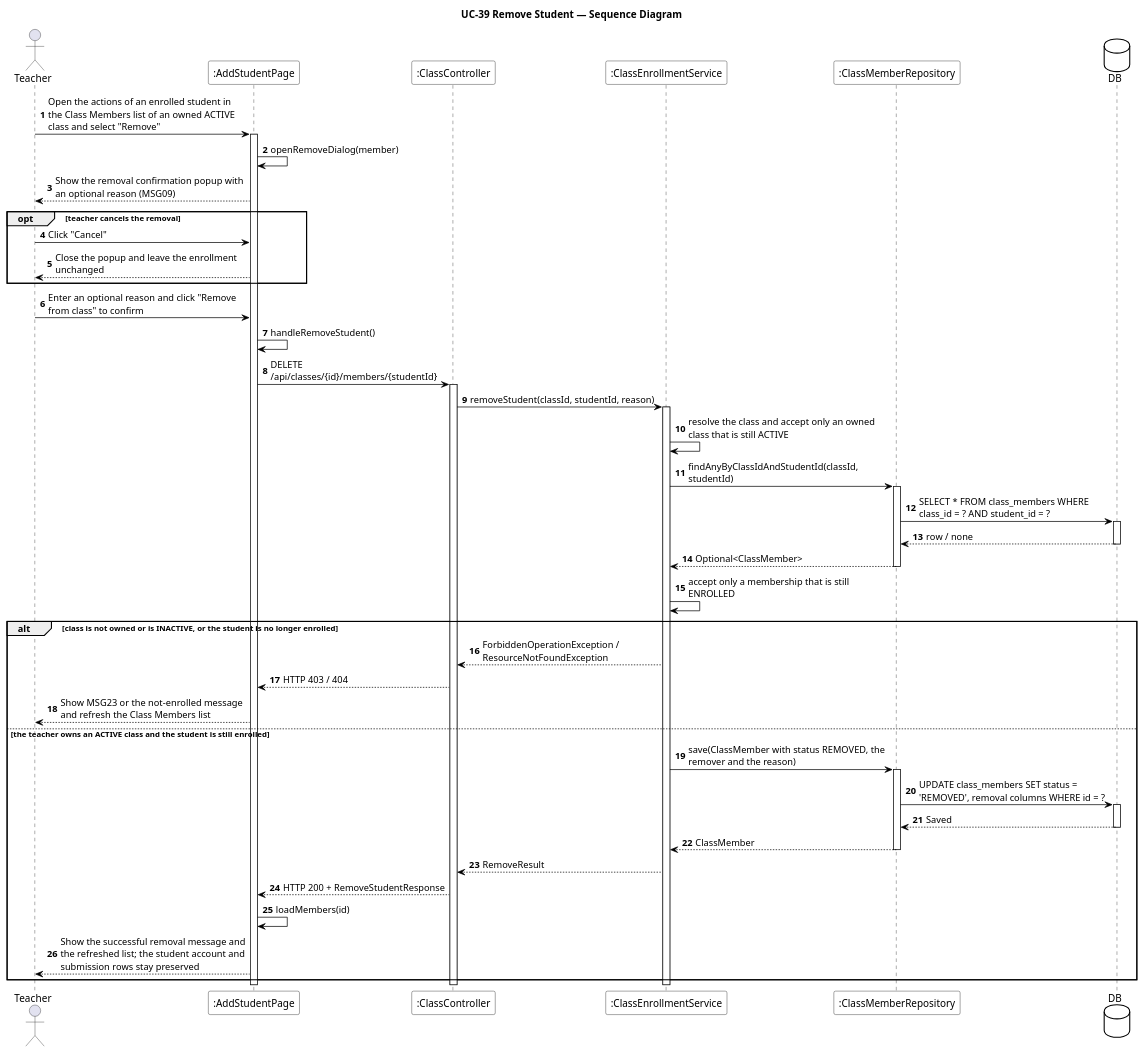
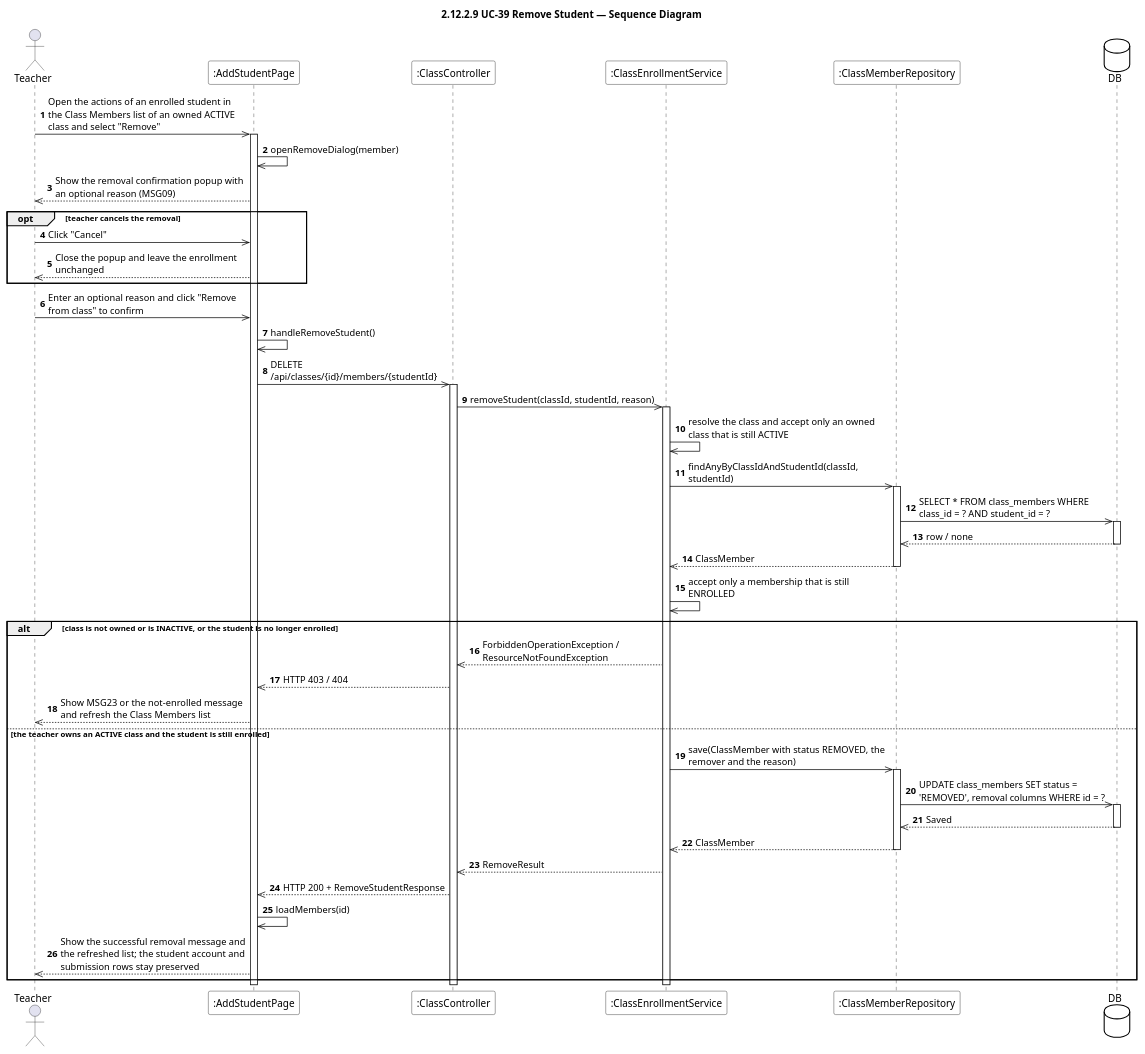
Before and after one commit to EduA-system/EduA-system: the diagram in designs/sds-diagrams/uc39/uc39_sequence.puml, drawn with PlantUML. The commit also changed 585 other files, not shown here.

Commit message:
hình sequence diagram mới

```diff
--- a/designs/sds-diagrams/uc39/uc39_sequence.puml
+++ b/designs/sds-diagrams/uc39/uc39_sequence.puml
@@ -1,70 +1,70 @@
 @startuml UC-39 Remove Student - Sequence Diagram
 skinparam defaultFontName "Segoe UI"
 skinparam shadowing false
 skinparam ParticipantBackgroundColor #FFFFFF
 skinparam ParticipantBorderColor #000000
 skinparam DatabaseBackgroundColor #FFFFFF
 skinparam DatabaseBorderColor #000000
 skinparam ArrowColor #000000
 skinparam sequenceMessageAlign left
 skinparam maxMessageSize 280
-title UC-39 Remove Student — Sequence Diagram
+title 2.12.2.9 UC-39 Remove Student — Sequence Diagram
 
 actor Teacher
 participant ":AddStudentPage" as UI
 participant ":ClassController" as CTL
 participant ":ClassEnrollmentService" as SVC
 participant ":ClassMemberRepository" as MEM
 database DB
 
 autonumber
-Teacher -> UI : Open the actions of an enrolled student in the Class Members list of an owned ACTIVE class and select "Remove"
+Teacher ->> UI : Open the actions of an enrolled student in the Class Members list of an owned ACTIVE class and select "Remove"
 activate UI
-UI -> UI : openRemoveDialog(member)
-UI --> Teacher : Show the removal confirmation popup with an optional reason (MSG09)
+UI ->> UI : openRemoveDialog(member)
+UI -->> Teacher : Show the removal confirmation popup with an optional reason (MSG09)
 
 opt teacher cancels the removal
-  Teacher -> UI : Click "Cancel"
-  UI --> Teacher : Close the popup and leave the enrollment unchanged
+  Teacher ->> UI : Click "Cancel"
+  UI -->> Teacher : Close the popup and leave the enrollment unchanged
 end
 
-Teacher -> UI : Enter an optional reason and click "Remove from class" to confirm
-UI -> UI : handleRemoveStudent()
-UI -> CTL : DELETE /api/classes/{id}/members/{studentId}
+Teacher ->> UI : Enter an optional reason and click "Remove from class" to confirm
+UI ->> UI : handleRemoveStudent()
+UI ->> CTL : DELETE /api/classes/{id}/members/{studentId}
 activate CTL
-CTL -> SVC : removeStudent(classId, studentId, reason)
+CTL ->> SVC : removeStudent(classId, studentId, reason)
 activate SVC
-SVC -> SVC : resolve the class and accept only an owned class that is still ACTIVE
-SVC -> MEM : findAnyByClassIdAndStudentId(classId, studentId)
+SVC ->> SVC : resolve the class and accept only an owned class that is still ACTIVE
+SVC ->> MEM : findAnyByClassIdAndStudentId(classId, studentId)
 activate MEM
-MEM -> DB : SELECT * FROM class_members WHERE class_id = ? AND student_id = ?
+MEM ->> DB : SELECT * FROM class_members WHERE class_id = ? AND student_id = ?
 activate DB
-DB --> MEM : row / none
+DB -->> MEM : row / none
 deactivate DB
-MEM --> SVC : Optional<ClassMember>
+MEM -->> SVC : ClassMember
 deactivate MEM
-SVC -> SVC : accept only a membership that is still ENROLLED
+SVC ->> SVC : accept only a membership that is still ENROLLED
 
 alt class is not owned or is INACTIVE, or the student is no longer enrolled
-  SVC --> CTL : ForbiddenOperationException / ResourceNotFoundException
-  CTL --> UI : HTTP 403 / 404
-  UI --> Teacher : Show MSG23 or the not-enrolled message and refresh the Class Members list
+  SVC -->> CTL : ForbiddenOperationException / ResourceNotFoundException
+  CTL -->> UI : HTTP 403 / 404
+  UI -->> Teacher : Show MSG23 or the not-enrolled message and refresh the Class Members list
 
 else the teacher owns an ACTIVE class and the student is still enrolled
-  SVC -> MEM : save(ClassMember with status REMOVED, the remover and the reason)
+  SVC ->> MEM : save(ClassMember with status REMOVED, the remover and the reason)
   activate MEM
-  MEM -> DB : UPDATE class_members SET status = 'REMOVED', removal columns WHERE id = ?
+  MEM ->> DB : UPDATE class_members SET status = 'REMOVED', removal columns WHERE id = ?
   activate DB
-  DB --> MEM : Saved
+  DB -->> MEM : Saved
   deactivate DB
-  MEM --> SVC : ClassMember
+  MEM -->> SVC : ClassMember
   deactivate MEM
-  SVC --> CTL : RemoveResult
-  CTL --> UI : HTTP 200 + RemoveStudentResponse
-  UI -> UI : loadMembers(id)
-  UI --> Teacher : Show the successful removal message and the refreshed list; the student account and submission rows stay preserved
+  SVC -->> CTL : RemoveResult
+  CTL -->> UI : HTTP 200 + RemoveStudentResponse
+  UI ->> UI : loadMembers(id)
+  UI -->> Teacher : Show the successful removal message and the refreshed list; the student account and submission rows stay preserved
 end
 deactivate SVC
 deactivate CTL
 deactivate UI
 @enduml
```
